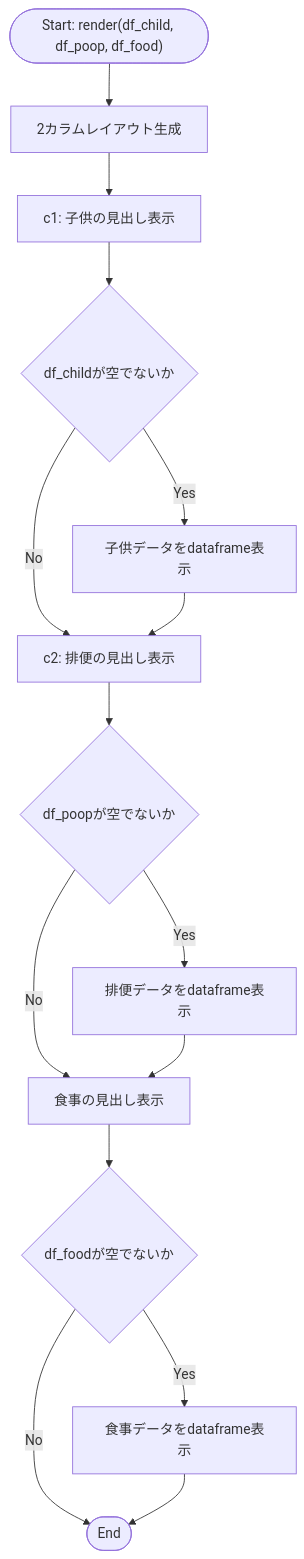
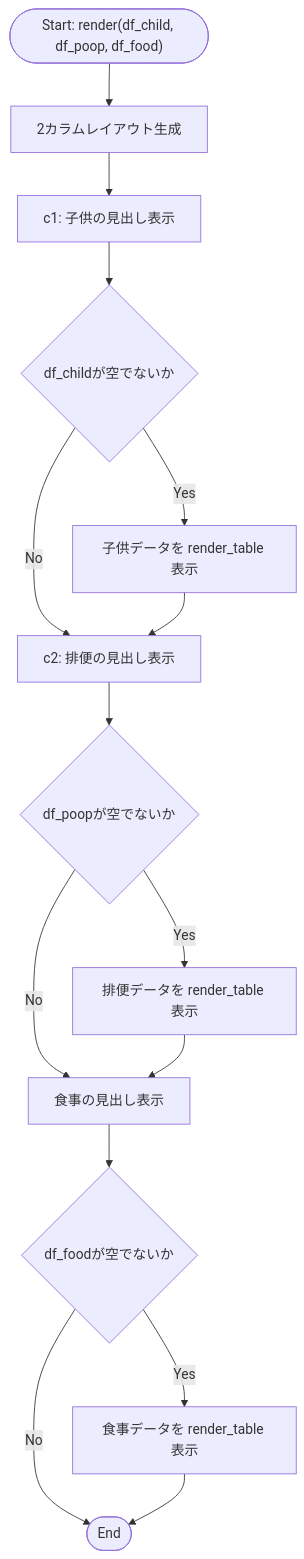
One commit to mmtigers/my_python_project changed the first of 2 diagrams in docs/specifications/MY_HOME_SYSTEM/health_tab.md. Above: the diagram before and after it, drawn with Mermaid. The commit also changed other lines of this file and 37 other files, not shown here.

````diff
--- a/docs/specifications/MY_HOME_SYSTEM/health_tab.md
+++ b/docs/specifications/MY_HOME_SYSTEM/health_tab.md
@@ -64,17 +67,17 @@
 ```mermaid
 flowchart TD
     Start(["Start: render(df_child, df_poop, df_food)"]) --> Cols["2カラムレイアウト生成"]
     Cols --> Col1["c1: 子供の見出し表示"]
     Col1 --> ChildCheck{"df_childが空でないか"}
-    ChildCheck -- Yes --> ChildTable["子供データをdataframe表示"]
+    ChildCheck -- Yes --> ChildTable["子供データを render_table 表示"]
     ChildCheck -- No --> Col2
     ChildTable --> Col2["c2: 排便の見出し表示"]
     Col2 --> PoopCheck{"df_poopが空でないか"}
-    PoopCheck -- Yes --> PoopTable["排便データをdataframe表示"]
+    PoopCheck -- Yes --> PoopTable["排便データを render_table 表示"]
     PoopCheck -- No --> FoodHeader
     PoopTable --> FoodHeader["食事の見出し表示"]
     FoodHeader --> FoodCheck{"df_foodが空でないか"}
-    FoodCheck -- Yes --> FoodTable["食事データをdataframe表示"]
+    FoodCheck -- Yes --> FoodTable["食事データを render_table 表示"]
     FoodCheck -- No --> End(["End"])
     FoodTable --> End
 ```
````
